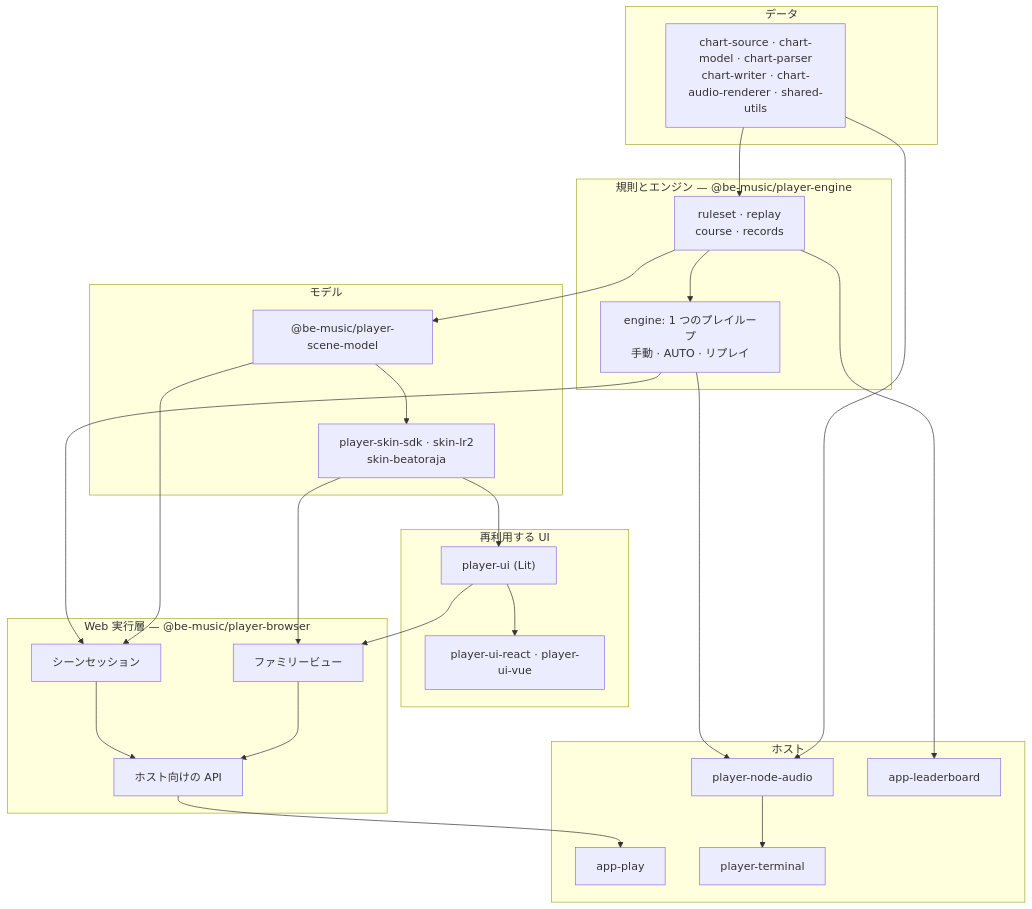
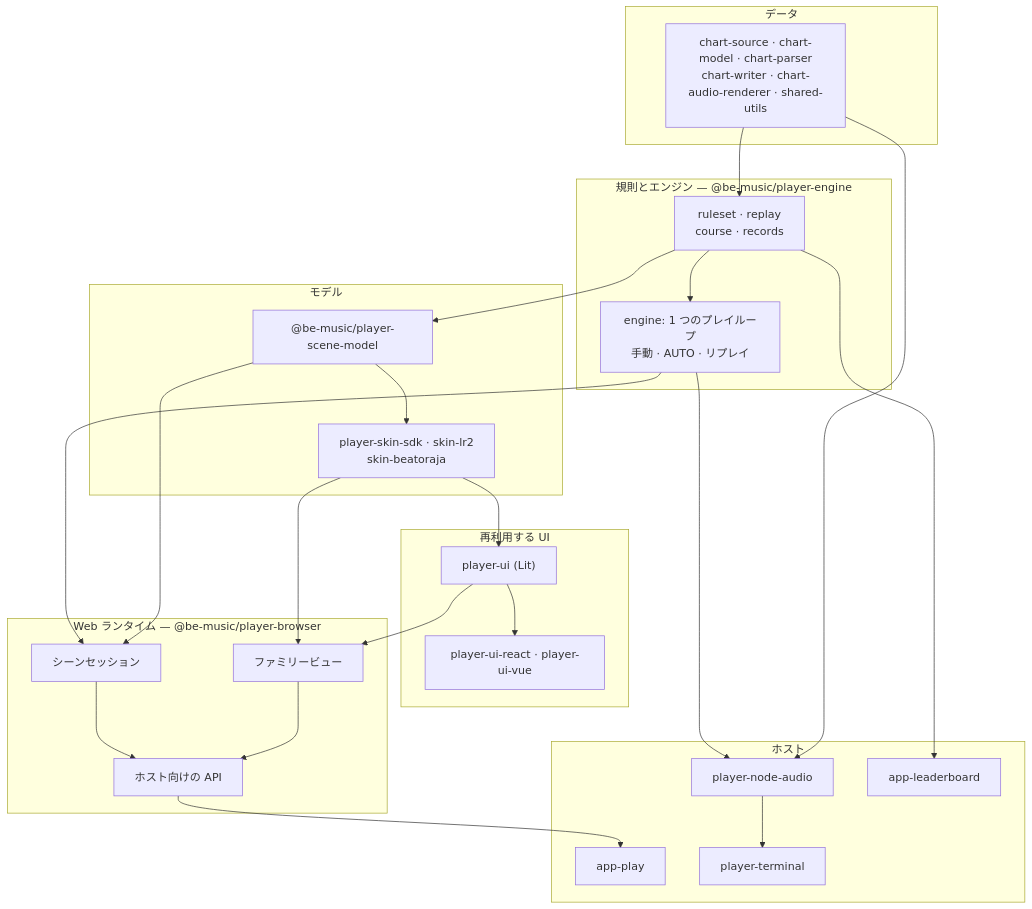
One commit to nulltask/be-music changed the third of 3 diagrams in docs/architecture.ja.md. Above: the diagram before and after it, drawn with Mermaid. The commit also changed other lines of this file and 19 other files, not shown here.

````diff
--- a/docs/architecture.ja.md
+++ b/docs/architecture.ja.md
@@ -181,44 +181,44 @@
 ```mermaid
 flowchart TD
   subgraph data["データ"]
     d["chart-source · chart-model · chart-parser<br/>chart-writer · chart-audio-renderer · shared-utils"]
   end
   subgraph domain["規則とエンジン — @be-music/player-engine"]
     rules["ruleset · replay<br/>course · records"]
     engine["engine: 1 つのプレイループ<br/>手動 · AUTO · リプレイ"]
   end
   subgraph models["モデル"]
     scene["@be-music/player-scene-model"]
     skins["player-skin-sdk · skin-lr2<br/>skin-beatoraja"]
   end
   subgraph presentation["再利用する UI"]
     ui["player-ui (Lit)"]
     wrappers["player-ui-react · player-ui-vue"]
   end
 
-  subgraph web["Web 実行層 — @be-music/player-browser"]
+  subgraph web["Web ランタイム — @be-music/player-browser"]
     sessions["シーンセッション"]
     views["ファミリービュー"]
     hostApi["ホスト向けの API"]
   end
   subgraph hosts["ホスト"]
     demo["app-play"]
     tui["player-terminal"]
     nodeaudio["player-node-audio"]
     lb["app-leaderboard"]
   end
 
   d --> rules --> engine
   rules --> scene --> skins
   engine --> sessions
   scene --> sessions
   skins --> views
   skins --> ui --> views
   ui --> wrappers
   sessions --> hostApi
   views --> hostApi
   hostApi --> demo
   engine --> nodeaudio --> tui
   d --> nodeaudio
   rules --> lb
 ```
````
